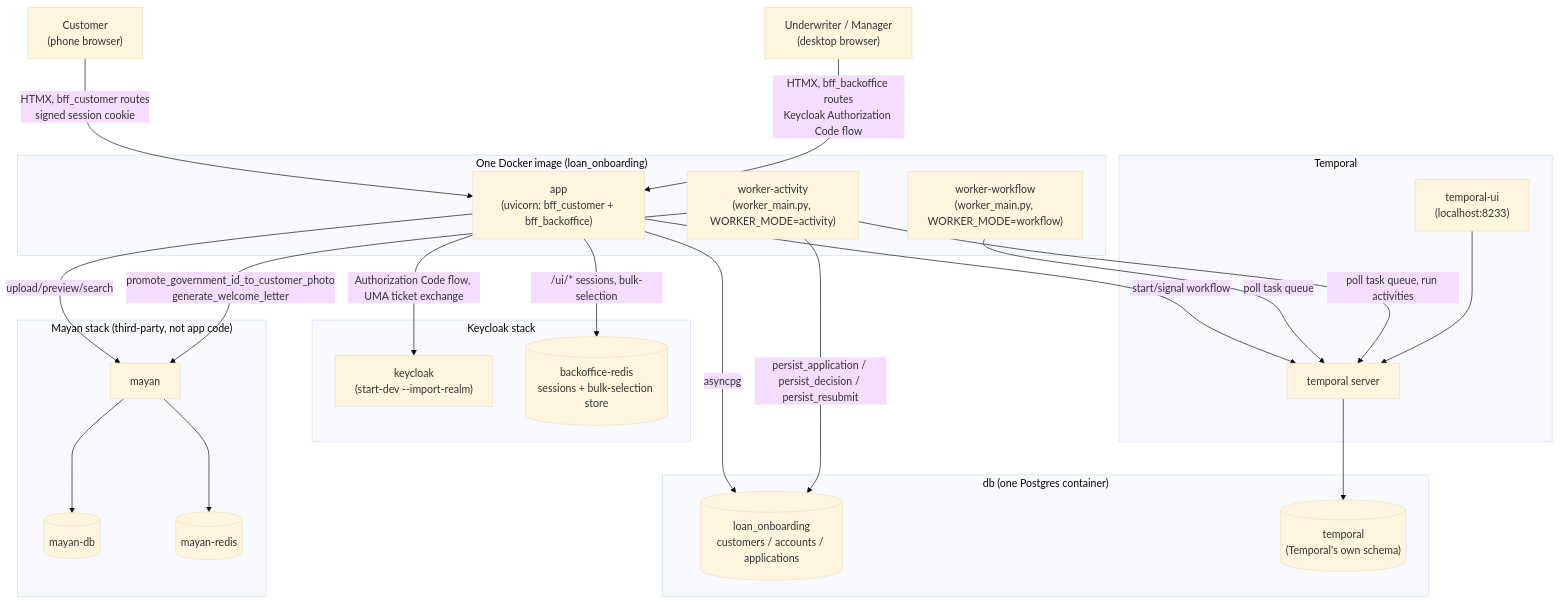
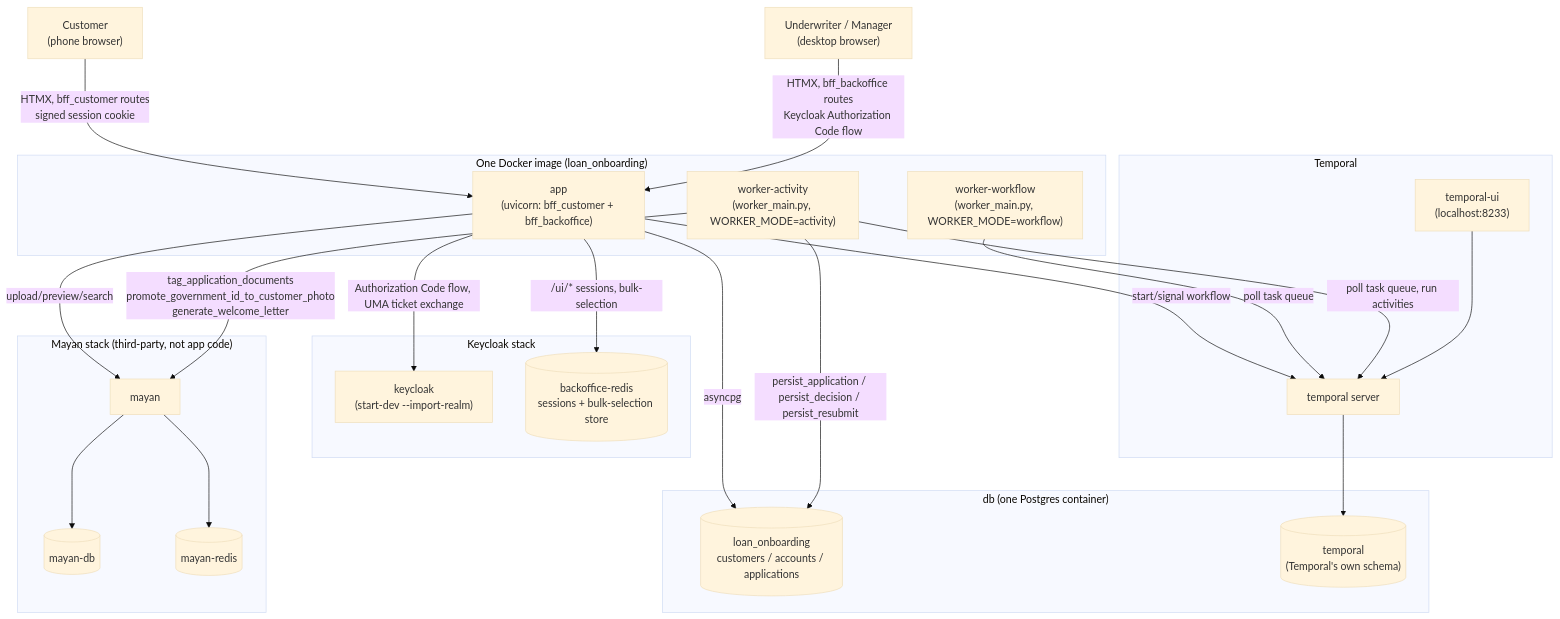
One commit to bunyawats/loan-onboarding-poc changed the diagram in docs/diagrams/system-architecture.md. Above: the diagram before and after it, drawn with Mermaid (base theme). The commit also changed other lines of this file and 2 other files, not shown here.

First line of the commit message:
Final stale-docs sweep: two diagrams and two more PRD.md spots

````diff
--- a/docs/diagrams/system-architecture.md
+++ b/docs/diagrams/system-architecture.md
@@ -9,52 +9,52 @@
 ```mermaid
 graph TB
     customerBrowser["Customer<br/>(phone browser)"]
     staffBrowser["Underwriter / Manager<br/>(desktop browser)"]
 
     subgraph img["One Docker image (loan_onboarding)"]
         app["app<br/>(uvicorn: bff_customer + bff_backoffice)"]
         workerWorkflow["worker-workflow<br/>(worker_main.py, WORKER_MODE=workflow)"]
         workerActivity["worker-activity<br/>(worker_main.py, WORKER_MODE=activity)"]
     end
 
     subgraph pg["db (one Postgres container)"]
         loanDb[("loan_onboarding<br/>customers / accounts / applications")]
         temporalDb[("temporal<br/>(Temporal's own schema)")]
     end
 
     subgraph temporalStack["Temporal"]
         temporalServer["temporal server"]
         temporalUi["temporal-ui<br/>(localhost:8233)"]
     end
 
     subgraph kcStack["Keycloak stack"]
         keycloak["keycloak<br/>(start-dev --import-realm)"]
         backofficeRedis[("backoffice-redis<br/>sessions + bulk-selection store")]
     end
 
     subgraph mayanStack["Mayan stack (third-party, not app code)"]
         mayan["mayan"]
         mayanDb[("mayan-db")]
         mayanRedis[("mayan-redis")]
     end
 
     customerBrowser -->|"HTMX, bff_customer routes<br/>signed session cookie"| app
     staffBrowser -->|"HTMX, bff_backoffice routes<br/>Keycloak Authorization Code flow"| app
 
     app -->|asyncpg| loanDb
     app -->|start/signal workflow| temporalServer
     app -->|upload/preview/search| mayan
     app -->|Authorization Code flow, UMA ticket exchange| keycloak
     app -->|"/ui/* sessions, bulk-selection"| backofficeRedis
 
     workerWorkflow -->|poll task queue| temporalServer
     workerActivity -->|poll task queue, run activities| temporalServer
     workerActivity -->|"persist_application / persist_decision / persist_resubmit"| loanDb
-    workerActivity -->|"promote_government_id_to_customer_photo<br/>generate_welcome_letter"| mayan
+    workerActivity -->|"tag_application_documents<br/>promote_government_id_to_customer_photo<br/>generate_welcome_letter"| mayan
 
     temporalServer --> temporalDb
     temporalUi --> temporalServer
 
     mayan --> mayanDb
     mayan --> mayanRedis
 ```
````
